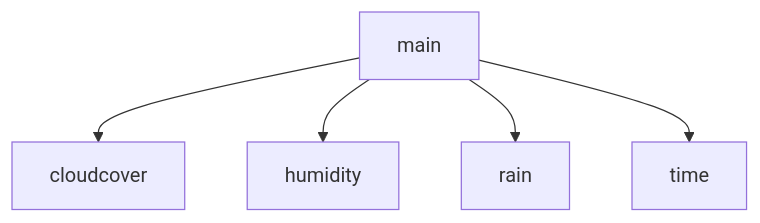
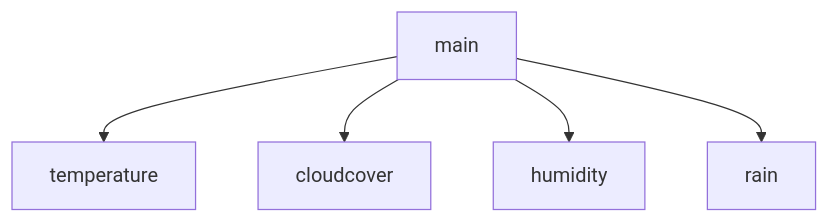
The diagram in README.md (kajmaks/Adogop), drawn with Mermaid before and after one commit.

````diff
--- a/README.md
+++ b/README.md
@@ -14,7 +14,7 @@
 ```mermaid
 graph TD
+    main --> temperature
     main --> cloudcover
     main --> humidity
     main --> rain
-    main --> time
 ```
````
